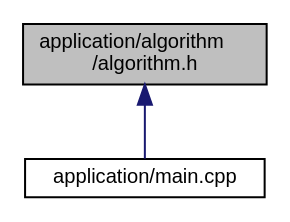
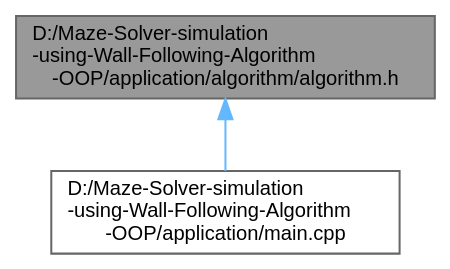
Before and after one commit to darshit-desai/Maze-Solver-simulation-using-Wall-Following-Algorithm-OOP: the diagram in docs/algorithm_8h__dep__incl.dot, drawn with Graphviz. The commit also changed 381 other files, not shown here.

```diff
--- a/docs/algorithm_8h__dep__incl.dot
+++ b/docs/algorithm_8h__dep__incl.dot
@@ -1,9 +1,10 @@
-digraph "application/algorithm/algorithm.h"
+digraph "D:/Maze-Solver-simulation-using-Wall-Following-Algorithm-OOP/application/algorithm/algorithm.h"
 {
  // LATEX_PDF_SIZE
-  edge [fontname="Helvetica",fontsize="10",labelfontname="Helvetica",labelfontsize="10"];
-  node [fontname="Helvetica",fontsize="10",shape=record];
-  Node1 [label="application/algorithm\l/algorithm.h",height=0.2,width=0.4,color="black", fillcolor="grey75", style="filled", fontcolor="black",tooltip="This file contains the implementation details for algorithm class."];
-  Node1 -> Node2 [dir="back",color="midnightblue",fontsize="10",style="solid",fontname="Helvetica"];
-  Node2 [label="application/main.cpp",height=0.2,width=0.4,color="black", fillcolor="white", style="filled",URL="$main_8cpp.html",tooltip="This is the main class which is built in the Simulator and used to call all other classes."];
+  bgcolor="transparent";
+  edge [fontname=Helvetica,fontsize=10,labelfontname=Helvetica,labelfontsize=10];
+  node [fontname=Helvetica,fontsize=10,shape=box,height=0.2,width=0.4];
+  Node1 [id="Node000001",label="D:/Maze-Solver-simulation\l-using-Wall-Following-Algorithm\l-OOP/application/algorithm/algorithm.h",height=0.2,width=0.4,color="gray40", fillcolor="grey60", style="filled", fontcolor="black",tooltip="This file contains the implementation details for algorithm class."];
+  Node1 -> Node2 [id="edge1_Node000001_Node000002",dir="back",color="steelblue1",style="solid",tooltip=" "];
+  Node2 [id="Node000002",label="D:/Maze-Solver-simulation\l-using-Wall-Following-Algorithm\l-OOP/application/main.cpp",height=0.2,width=0.4,color="grey40", fillcolor="white", style="filled",URL="$main_8cpp.html",tooltip="This is the main class which is built in the Simulator and used to call all other classes."];
 }
```
